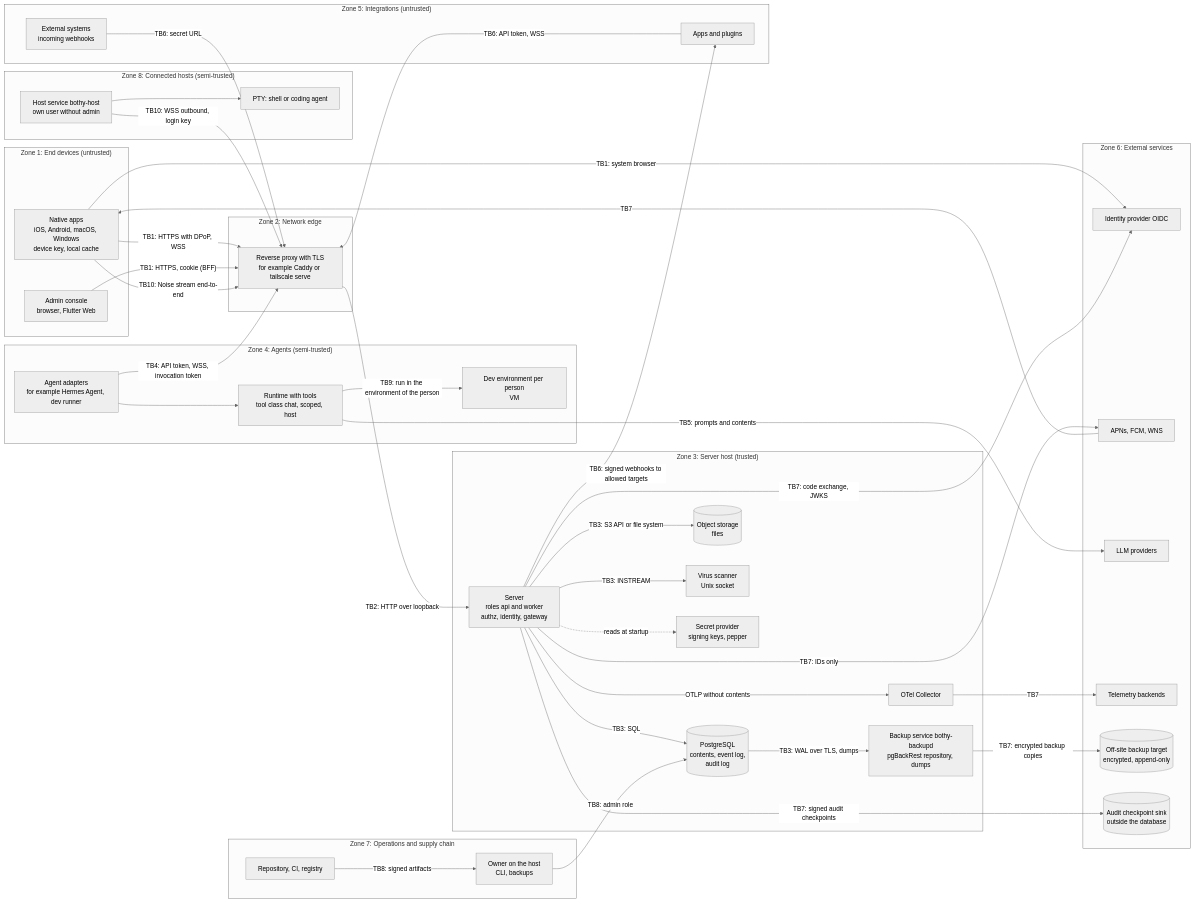
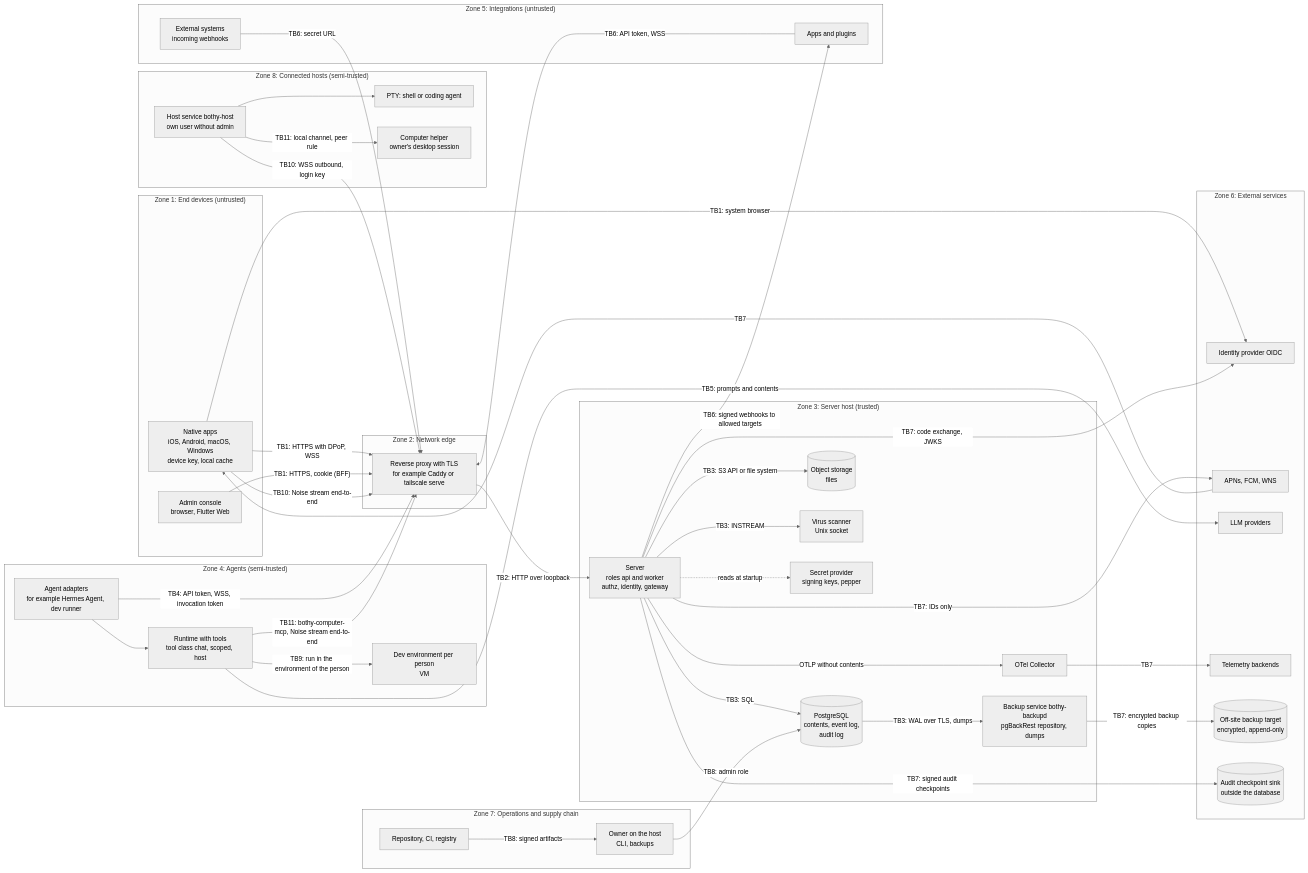
One commit to mguttmann/bothy changed the diagram in docs/security/diagrams/trust-boundaries.mmd. Above: the diagram before and after it, drawn with Mermaid (neutral theme). The commit also changed 659 other files, not shown here.

```diff
--- a/docs/security/diagrams/trust-boundaries.mmd
+++ b/docs/security/diagrams/trust-boundaries.mmd
@@ -1,80 +1,83 @@
 %% System boundary diagram for the threat model (docs/security/threat-model.md)
 %% Render: mermaid-cli 11 (see docs/security/threat-model.md, section 2)
 flowchart LR
     subgraph Z1["Zone 1: End devices (untrusted)"]
         APP["Native apps<br/>iOS, Android, macOS, Windows<br/>device key, local cache"]
         CON["Admin console<br/>browser, Flutter Web"]
     end
 
     subgraph Z2["Zone 2: Network edge"]
         PRX["Reverse proxy with TLS<br/>for example Caddy or tailscale serve"]
     end
 
     subgraph Z3["Zone 3: Server host (trusted)"]
         SRV["Server<br/>roles api and worker<br/>authz, identity, gateway"]
         DB[("PostgreSQL<br/>contents, event log,<br/>audit log")]
         OBJ[("Object storage<br/>files")]
         AV["Virus scanner<br/>Unix socket"]
         OTC["OTel Collector"]
         SP["Secret provider<br/>signing keys, pepper"]
         BAK["Backup service bothy-backupd<br/>pgBackRest repository, dumps"]
     end
 
     subgraph Z4["Zone 4: Agents (semi-trusted)"]
         ADP["Agent adapters<br/>for example Hermes Agent, dev runner"]
         RT["Runtime with tools<br/>tool class chat, scoped, host"]
         DEV["Dev environment per person<br/>VM"]
     end
 
     subgraph Z8["Zone 8: Connected hosts (semi-trusted)"]
         HOSTD["Host service bothy-host<br/>own user without admin"]
         PTY["PTY: shell or coding agent"]
+        HLP["Computer helper<br/>owner's desktop session"]
     end
 
     subgraph Z5["Zone 5: Integrations (untrusted)"]
         APPS["Apps and plugins"]
         EXT["External systems<br/>incoming webhooks"]
     end
 
     subgraph Z6["Zone 6: External services"]
         IDP["Identity provider OIDC"]
         PUSH["APNs, FCM, WNS"]
         LLM["LLM providers"]
         TEL["Telemetry backends"]
         OFF[("Off-site backup target<br/>encrypted, append-only")]
         CKS[("Audit checkpoint sink<br/>outside the database")]
     end
 
     subgraph Z7["Zone 7: Operations and supply chain"]
         OPS["Owner on the host<br/>CLI, backups"]
         CI["Repository, CI, registry"]
     end
 
     APP -- "TB1: HTTPS with DPoP, WSS" --> PRX
     CON -- "TB1: HTTPS, cookie (BFF)" --> PRX
     PRX -- "TB2: HTTP over loopback" --> SRV
     SRV -- "TB3: SQL" --> DB
     SRV -- "TB3: S3 API or file system" --> OBJ
     SRV -- "TB3: INSTREAM" --> AV
     SRV -. "reads at startup" .-> SP
     SRV -- "OTLP without contents" --> OTC
     OTC -- "TB7" --> TEL
     DB -- "TB3: WAL over TLS, dumps" --> BAK
     BAK -- "TB7: encrypted backup copies" --> OFF
     SRV -- "TB7: signed audit checkpoints" --> CKS
     ADP -- "TB4: API token, WSS, invocation token" --> PRX
     ADP --> RT
     RT -- "TB5: prompts and contents" --> LLM
     RT -- "TB9: run in the environment of the person" --> DEV
     APPS -- "TB6: API token, WSS" --> PRX
     SRV -- "TB6: signed webhooks to allowed targets" --> APPS
     EXT -- "TB6: secret URL" --> PRX
     APP -- "TB1: system browser" --> IDP
     SRV -- "TB7: code exchange, JWKS" --> IDP
     SRV -- "TB7: IDs only" --> PUSH
     PUSH -- "TB7" --> APP
     OPS -- "TB8: admin role" --> DB
     CI -- "TB8: signed artifacts" --> OPS
     APP -- "TB10: Noise stream end-to-end" --> PRX
     HOSTD -- "TB10: WSS outbound, login key" --> PRX
     HOSTD --> PTY
+    RT -- "TB11: bothy-computer-mcp, Noise stream end-to-end" --> PRX
+    HOSTD -- "TB11: local channel, peer rule" --> HLP
```
